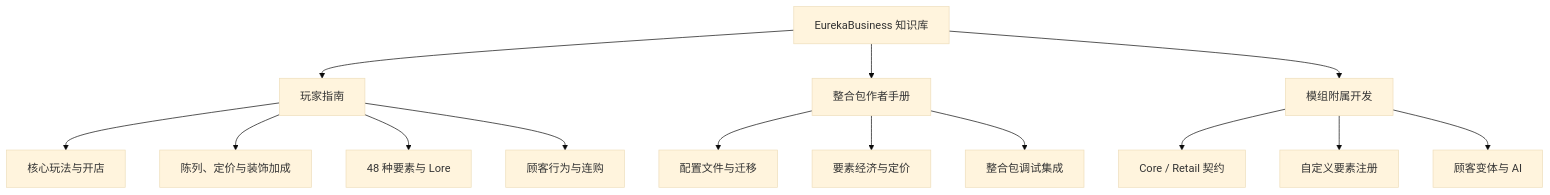
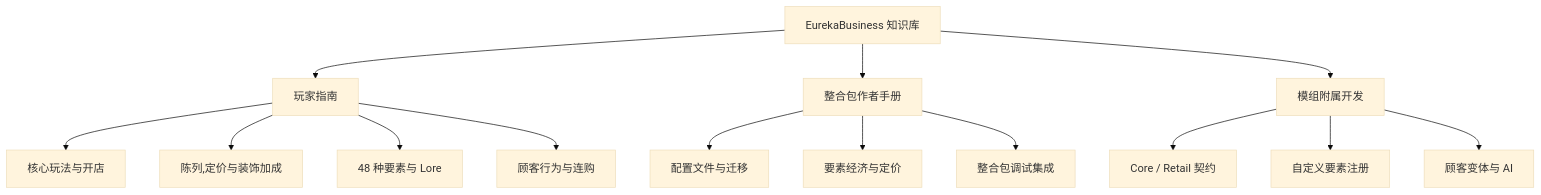
One commit to Caishangqi/EurekaBusinessCommunity changed the diagram in README.md. Above: the diagram before and after it, drawn with Mermaid (base theme). The commit also changed other lines of this file and 18 other files, not shown here.

````diff
--- a/README.md
+++ b/README.md
@@ -11,19 +11,19 @@
 ```mermaid
 flowchart TD
     Wiki[EurekaBusiness 知识库] --> Player[玩家指南]
     Wiki --> Pack[整合包作者手册]
     Wiki --> Addon[模组附属开发]
 
     Player --> P1[核心玩法与开店]
-    Player --> P2[陈列、定价与装饰加成]
+    Player --> P2[陈列,定价与装饰加成]
     Player --> P3[48 种要素与 Lore]
     Player --> P4[顾客行为与连购]
 
     Pack --> K1[配置文件与迁移]
     Pack --> K2[要素经济与定价]
     Pack --> K3[整合包调试集成]
 
     Addon --> A1[Core / Retail 契约]
     Addon --> A2[自定义要素注册]
     Addon --> A3[顾客变体与 AI]
 ```
````
